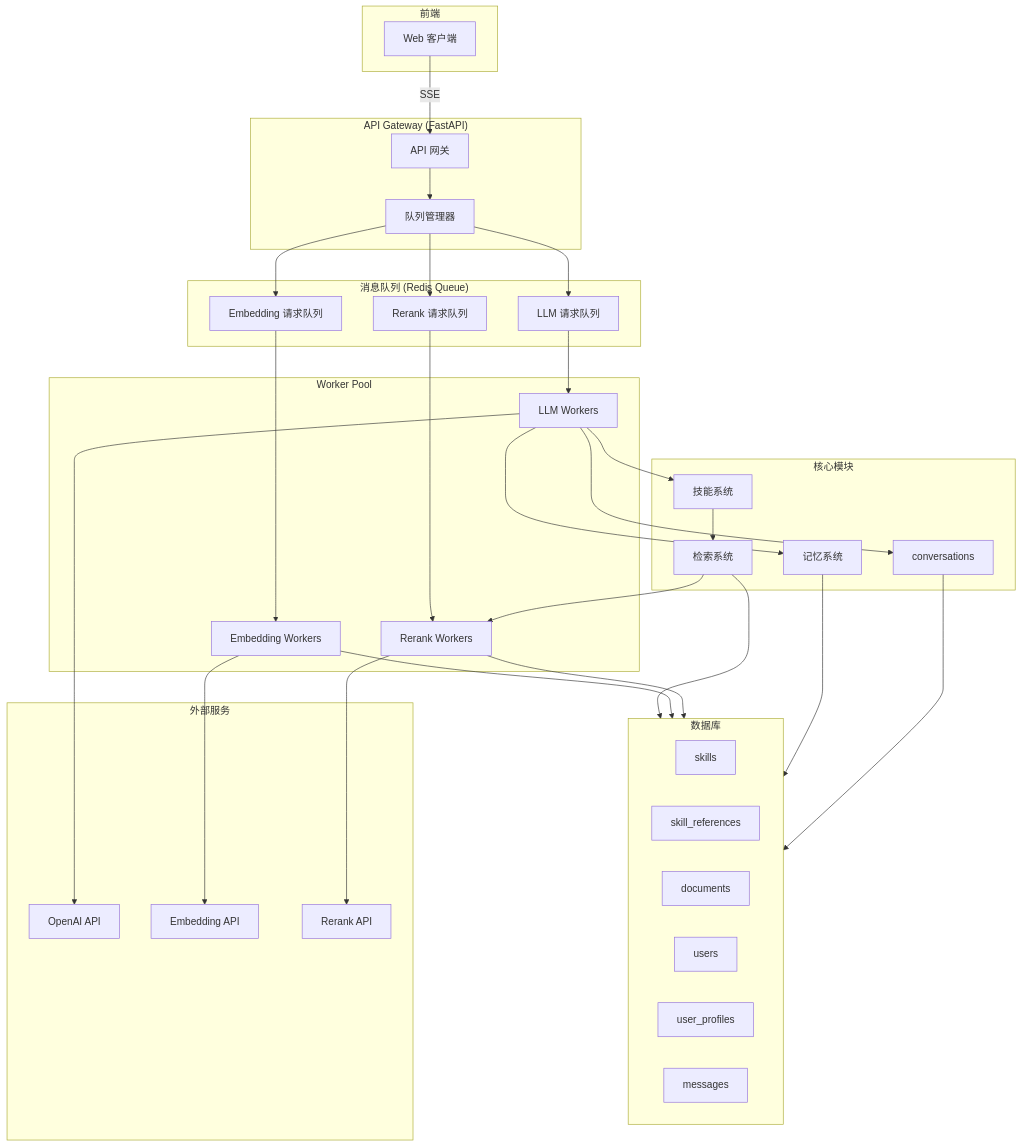
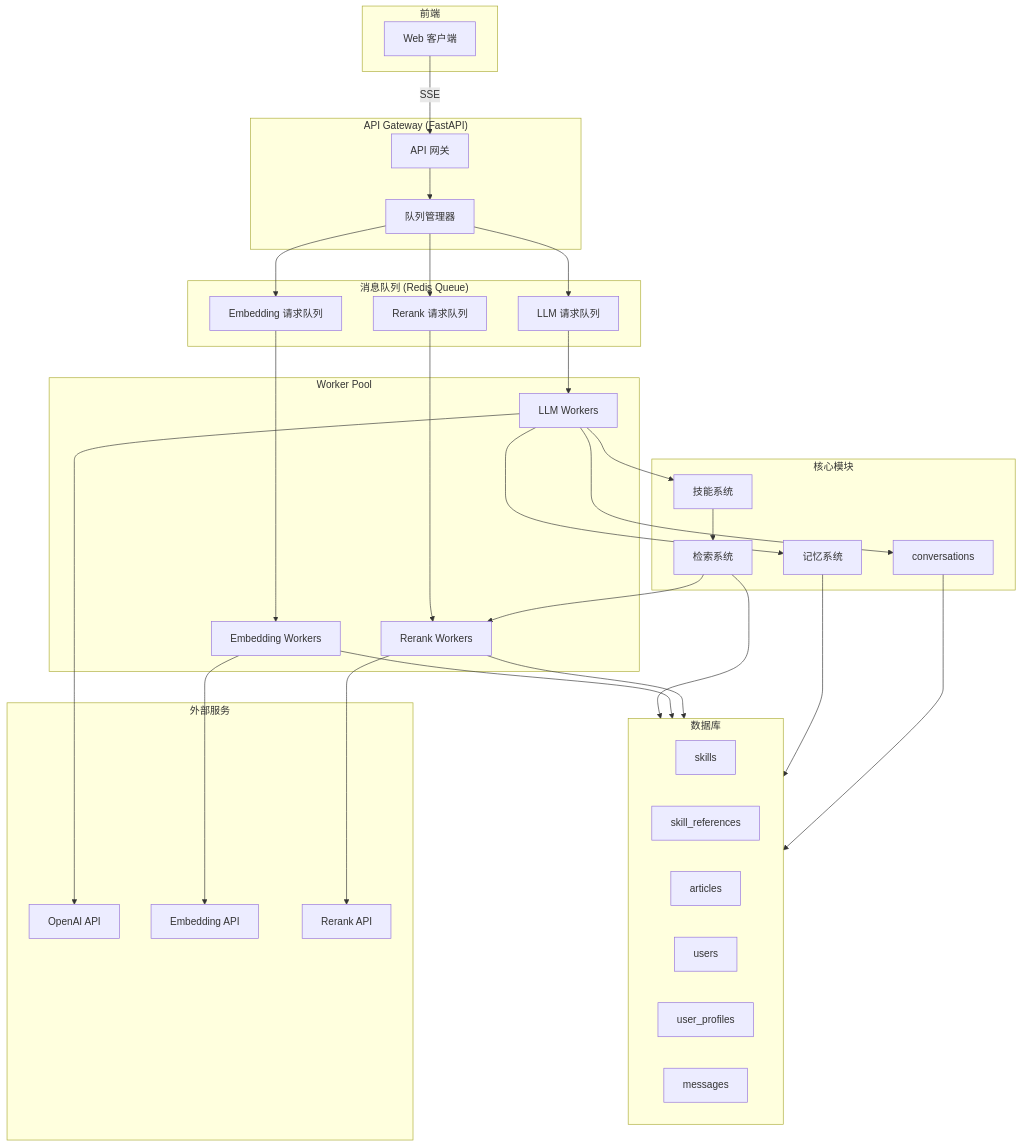
Before and after one commit to MEO-wj/OA_Reader_APP: the first of 12 diagrams in ai_end_refactor/README.md, drawn with Mermaid. The commit also changed other lines of this file and 48 other files, not shown here.

````diff
--- a/ai_end_refactor/README.md
+++ b/ai_end_refactor/README.md
@@ -25,74 +25,74 @@
 ```mermaid
 flowchart TB
     subgraph Frontend["前端"]
         Web["Web 客户端"]
     end
 
     subgraph API["API Gateway (FastAPI)"]
         Gateway["API 网关"]
         QueueMgr["队列管理器"]
     end
 
     subgraph MQ["消息队列 (Redis Queue)"]
         LLMQ["LLM 请求队列"]
         EBDQ["Embedding 请求队列"]
         RRQ["Rerank 请求队列"]
     end
 
     subgraph Workers["Worker Pool"]
         LLMW["LLM Workers"]
         EBDW["Embedding Workers"]
         RRW["Rerank Workers"]
     end
 
     subgraph Core["核心模块"]
         SkillSys["技能系统"]
         Retrieval["检索系统"]
         Memory["记忆系统"]
         Conv["对话管理"]
     end
 
     subgraph DB["数据库"]
         Skills["skills"]
         Refs["skill_references"]
-        Docs["documents"]
+        Docs["articles"]
         Users["users"]
         Profiles["user_profiles"]
         Conv["conversations"]
         Messages["messages"]
     end
 
     subgraph External["外部服务"]
         OpenAI["OpenAI API"]
         EBD["Embedding API"]
         Rerank["Rerank API"]
     end
 
     Web -->|SSE| Gateway
     Gateway --> QueueMgr
     QueueMgr --> LLMQ
     QueueMgr --> EBDQ
     QueueMgr --> RRQ
 
     LLMQ --> LLMW
     EBDQ --> EBDW
     RRQ --> RRW
 
     LLMW --> SkillSys
     LLMW --> Memory
     LLMW --> Conv
 
     SkillSys --> Retrieval
     Retrieval --> RRW
     Retrieval --> DB
 
     EBDW --> DB
     RRW --> DB
 
     LLMW --> OpenAI
     EBDW --> EBD
     RRW --> Rerank
 
     Memory --> DB
     Conv --> DB
 ```
````
